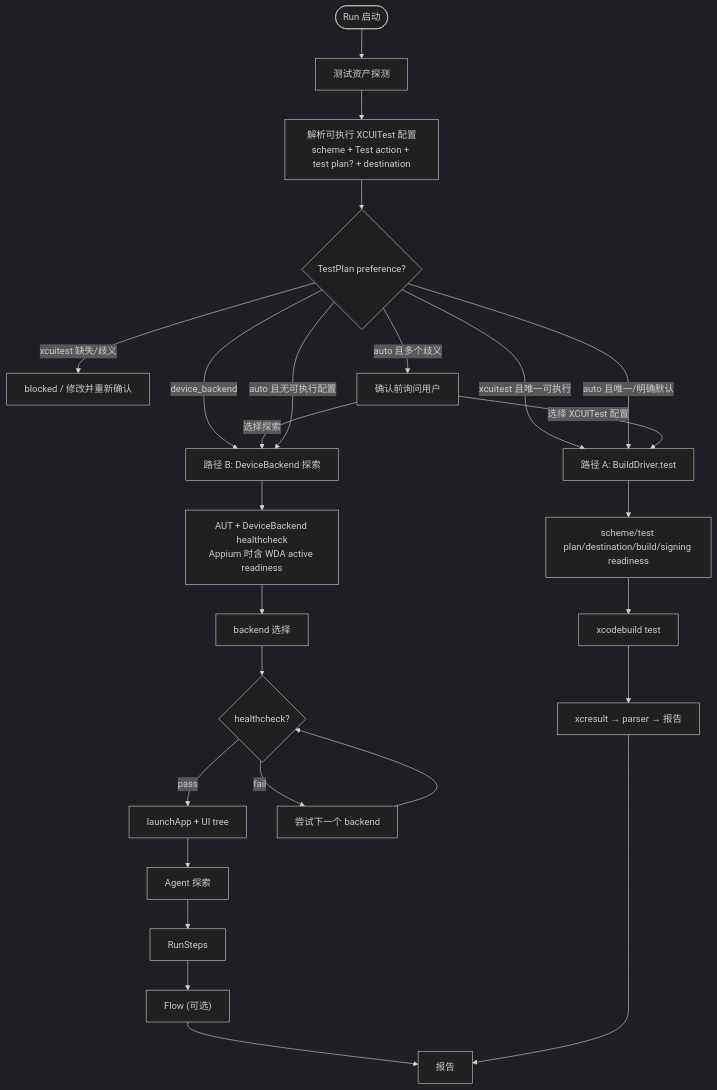
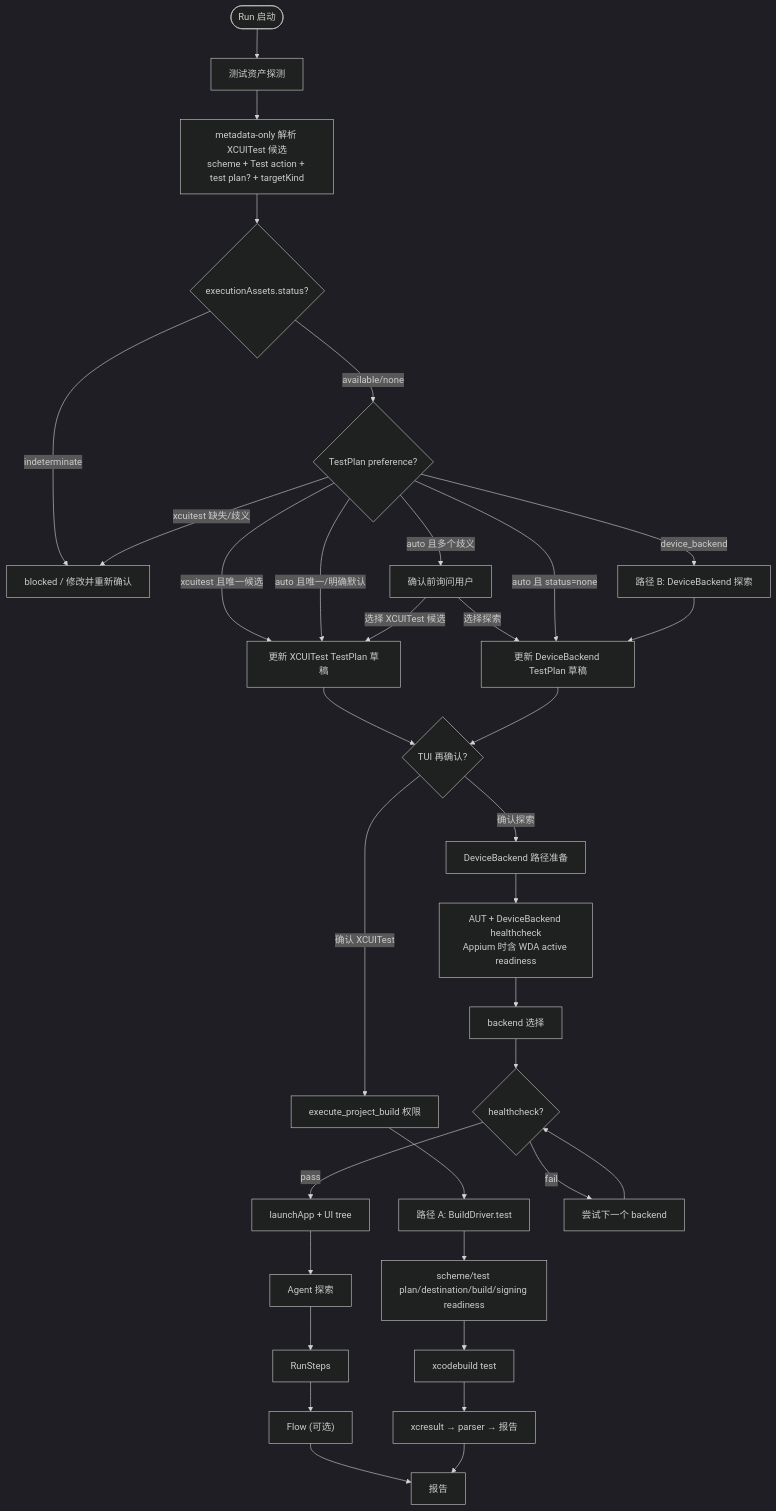
The fourth of 5 diagrams in docs/02-architecture/架构设计文档.md (logan-suu/iTestAgent), drawn with Mermaid (dark theme) before and after one commit. The commit also changed other lines of this file and 47 other files, not shown here.

````diff
--- a/docs/02-architecture/架构设计文档.md
+++ b/docs/02-architecture/架构设计文档.md
@@ -191,28 +200,36 @@
 ```mermaid
 flowchart TD
     Start(["Run 启动"]) --> Detect["测试资产探测"]
-    Detect --> Resolve["解析可执行 XCUITest 配置<br/>scheme + Test action + test plan? + destination"]
-    Resolve --> Preference{"TestPlan preference?"}
+    Detect --> Resolve["metadata-only 解析 XCUITest 候选<br/>scheme + Test action + test plan? + targetKind"]
+    Resolve --> Discovery{"executionAssets.status?"}
+    Discovery -->|indeterminate| Blocked["blocked / 修正后重新确认"]
+    Discovery -->|available/none| Preference{"TestPlan preference?"}
     Preference -->|device_backend| PathB["路径 B: DeviceBackend 探索"]
-    Preference -->|xcuitest 且唯一可执行| PathA["路径 A: BuildDriver.test"]
+    Preference -->|xcuitest 且唯一候选| DraftA["更新 XCUITest TestPlan 草稿"]
     Preference -->|xcuitest 缺失/歧义| Blocked["blocked / 修改并重新确认"]
-    Preference -->|auto 且唯一/明确默认| PathA
+    Preference -->|auto 且唯一/明确默认| DraftA
     Preference -->|auto 且多个歧义| Ask["确认前询问用户"]
-    Ask -->|选择 XCUITest 配置| PathA
-    Ask -->|选择探索| PathB
-    Preference -->|auto 且无可执行配置| PathB
+    Ask -->|选择 XCUITest 候选| DraftA
+    Ask -->|选择探索| DraftB["更新 DeviceBackend TestPlan 草稿"]
+    Preference -->|auto 且 status=none| DraftB
+    PathB --> DraftB
+    DraftA --> Confirm{"TUI 再确认?"}
+    DraftB --> Confirm
+    Confirm -->|确认 XCUITest| BuildPermission["execute_project_build 权限"]
+    Confirm -->|确认探索| PathBReady["DeviceBackend 路径准备"]
+    BuildPermission --> PathA["路径 A: BuildDriver.test"]
     PathA --> TestReady["scheme/test plan/destination/build/signing readiness"]
-    PathB --> DeviceReady["AUT + DeviceBackend healthcheck<br/>Appium 时含 WDA active readiness"]
+    PathBReady --> DeviceReady["AUT + DeviceBackend healthcheck<br/>Appium 时含 WDA active readiness"]
     TestReady --> XcodeTest["xcodebuild test"]
     DeviceReady --> SelectBackend["backend 选择"]
     XcodeTest --> XCResult["xcresult → parser → 报告"]
     SelectBackend --> Health{"healthcheck?"}
     Health -->|pass| Launch["launchApp + UI tree"]
     Health -->|fail| Next["尝试下一个 backend"]
     Next --> Health
     Launch --> Explore["Agent 探索"]
     Explore --> Steps["RunSteps"]
     Steps --> Flow["Flow (可选)"]
     Flow --> Report["报告"]
     XCResult --> Report
 ```
````
